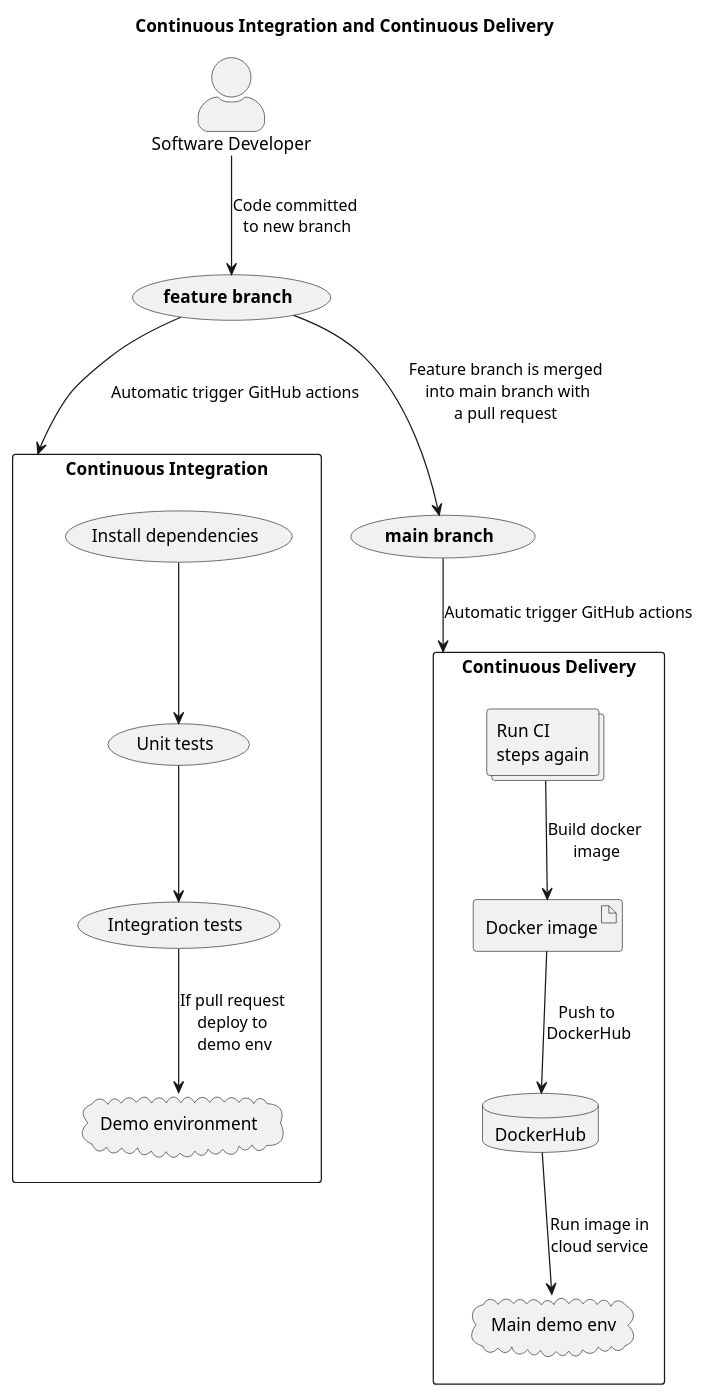
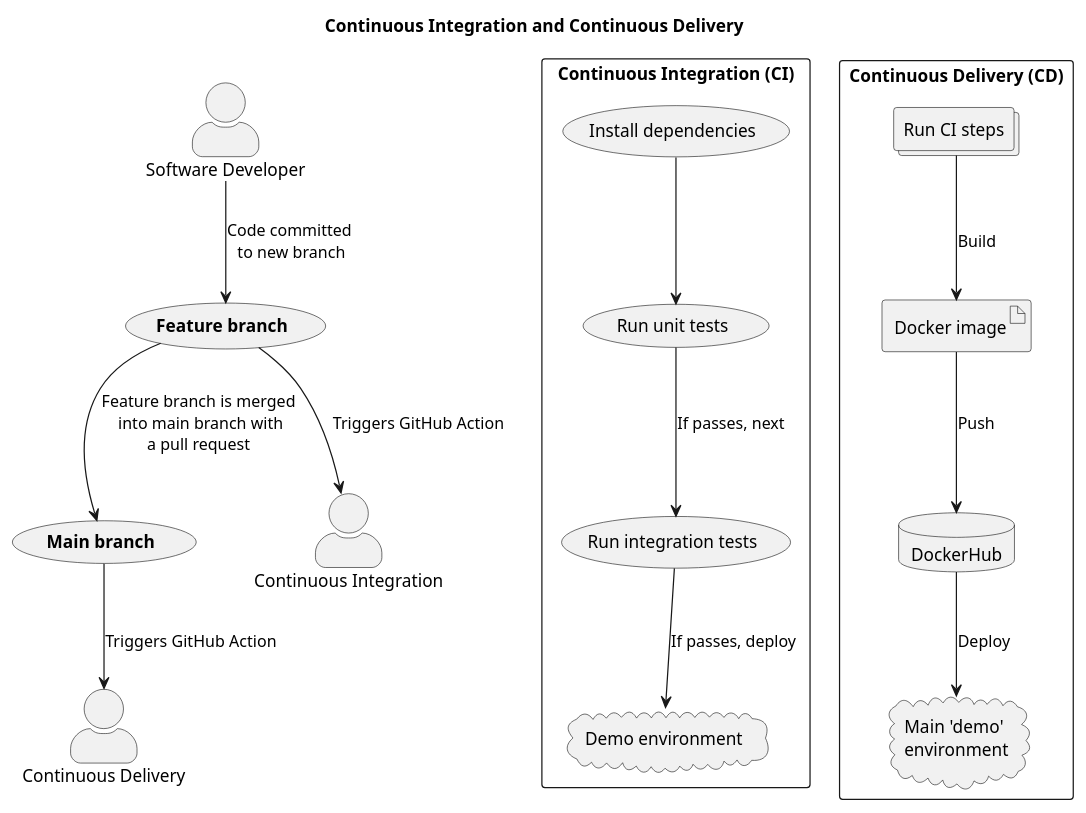
The diagram in docs/design/images/ci-and-cd.puml (seedcase-project/seedcase-sprout), drawn with PlantUML before and after one commit.

Commit message:
style: :art: Mostly stylistic and formatting fixes

```diff
--- a/docs/design/images/ci-and-cd.puml
+++ b/docs/design/images/ci-and-cd.puml
@@ -1,40 +1,40 @@
 @startuml ci-and-cd
 skinparam actorStyle awesome
 title Continuous Integration and Continuous Delivery
 
 
 'Continuous Integration -----------------------------------
 actor "Software Developer"                  as Developer
-(**feature branch**)                        as FeatureBranch
-(**main branch**)                           as MainBranch
+(**Feature branch**)                        as FeatureBranch
+(**Main branch**)                           as MainBranch
 
 Developer --> FeatureBranch : Code committed \nto new branch
-FeatureBranch --> "Continuous Integration" : "Automatic trigger GitHub actions"
+FeatureBranch --> "Continuous Integration" : "Triggers GitHub Action"
 FeatureBranch --> MainBranch : "Feature branch is merged\n into main branch with\na pull request"
-MainBranch --> "Continuous Delivery" : "Automatic trigger GitHub actions"
+MainBranch --> "Continuous Delivery" : "Triggers GitHub Action"
 
-rectangle "Continuous Integration" {
+rectangle "Continuous Integration (CI)" {
   (Install dependencies)            as dependencies
 
-  (Unit tests)                      as UnitTests
-  (Integration tests)               as ItTests
+  (Run unit tests)                  as UnitTests
+  (Run integration tests)           as ItTests
   cloud "Demo environment"          as demo
 
   dependencies --> UnitTests
-  UnitTests --> ItTests
-  ItTests --> demo : "If pull request \ndeploy to \ndemo env"
+  UnitTests --> ItTests : "If passes, next"
+  ItTests --> demo : "If passes, deploy"
 }
 
-rectangle "Continuous Delivery" {
-    collections "Run CI\nsteps again"       as all_tests
-    artifact "Docker image"                 as docker_image
-    database "DockerHub"                    as docker_hub
-    cloud "Main demo env"           as main_demo
+rectangle "Continuous Delivery (CD)" {
+    collections "Run CI steps"       as all_tests
+    artifact "Docker image"          as docker_image
+    database "DockerHub"             as docker_hub
+    cloud "Main 'demo'\nenvironment"            as main_demo
 
 
-    all_tests --> docker_image : "Build docker\n image"
-    docker_image --> docker_hub : "Push to \nDockerHub"
-    docker_hub --> main_demo : "Run image in\ncloud service"
+    all_tests --> docker_image : "Build"
+    docker_image --> docker_hub : "Push"
+    docker_hub --> main_demo : "Deploy"
 }
 
 @enduml
```
